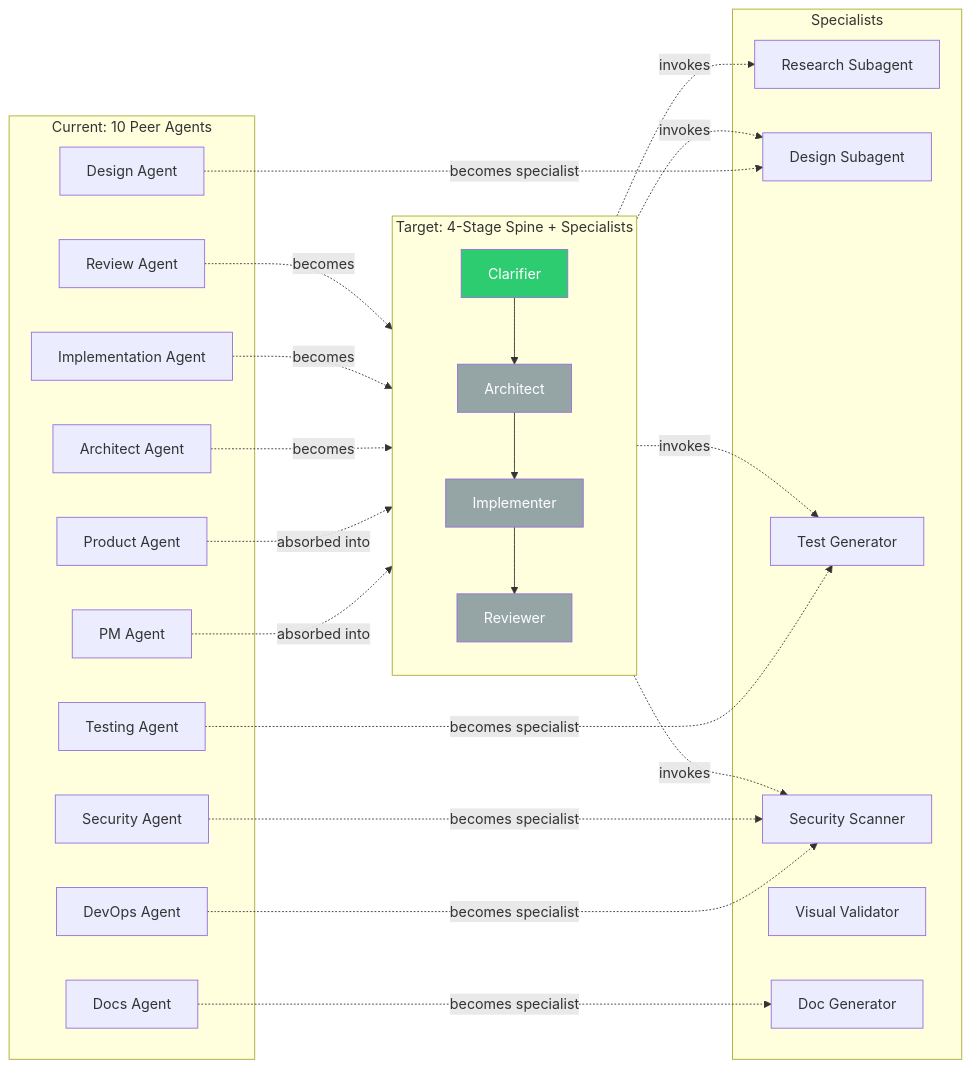
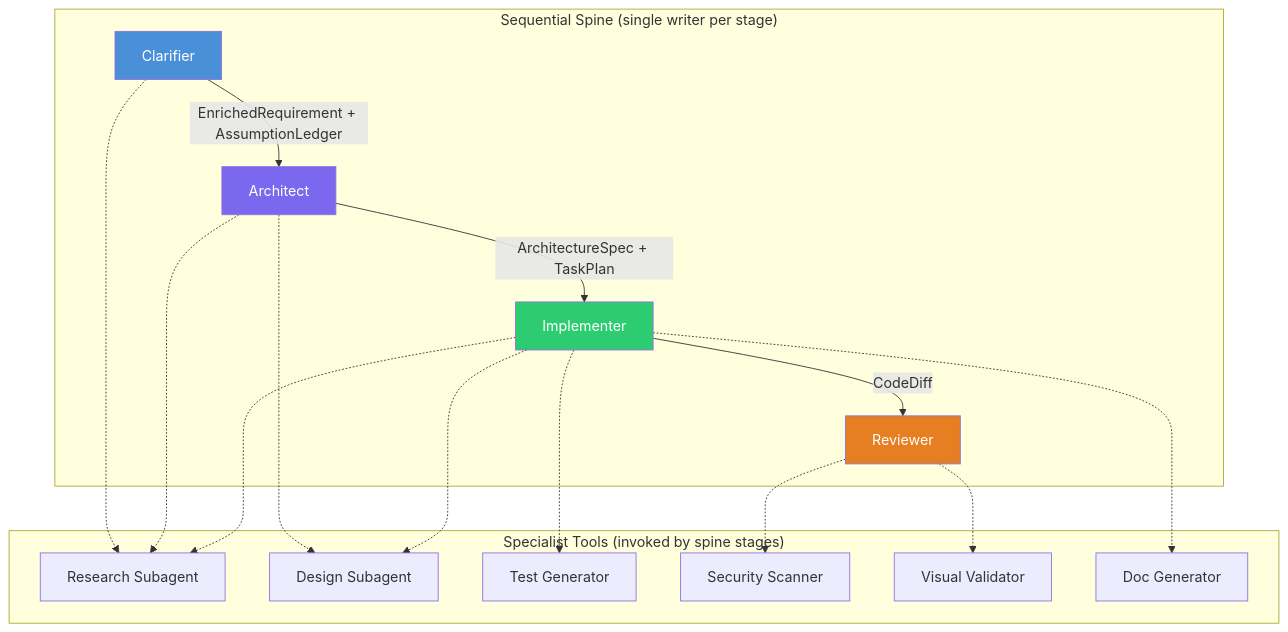
One commit to praveen-gottala/sdlc-agent-swarms changed the second of 7 diagrams in docs/vision.md. Above: the diagram before and after it, drawn with Mermaid. The commit also changed other lines of this file and 200 other files, not shown here.

First line of the commit message:
Backstage docs overhaul (21 child plans), Clarifier improvements, eval package, plan completions

````diff
--- a/docs/vision.md
+++ b/docs/vision.md
@@ -258,52 +252,32 @@
 ```mermaid
-graph LR
-    subgraph "Current: 10 Peer Agents"
-        PM[PM Agent]
-        Prod[Product Agent]
-        Arch[Architect Agent]
-        Des[Design Agent]
-        Impl[Implementation Agent]
-        Test[Testing Agent]
-        Rev[Review Agent]
-        DevOps[DevOps Agent]
-        Sec[Security Agent]
-        Docs[Docs Agent]
+graph TD
+    subgraph Spine ["Sequential Spine (single writer per stage)"]
+        C[Clarifier] -->|EnrichedRequirement + AssumptionLedger| A[Architect]
+        A -->|ArchitectureSpec + TaskPlan| I[Implementer]
+        I -->|CodeDiff| R[Reviewer]
     end
 
-    subgraph "Target: 4-Stage Spine + Specialists"
-        direction TB
-        C[Clarifier] --> A[Architect]
-        A --> I[Implementer]
-        I --> R[Reviewer]
-    end
-
-    subgraph Specialists
+    subgraph Specialists ["Specialist Tools (invoked by spine stages)"]
         RS[Research Subagent]
         DS[Design Subagent]
         TG[Test Generator]
         SS[Security Scanner]
         VV[Visual Validator]
         DG[Doc Generator]
     end
 
-    PM -.->|absorbed into| C
-    Prod -.->|absorbed into| C
-    Arch -.->|becomes| A
-    Des -.->|becomes specialist| DS
-    Impl -.->|becomes| I
-    Test -.->|becomes specialist| TG
-    Rev -.->|becomes| R
-    DevOps -.->|becomes specialist| SS
-    Sec -.->|becomes specialist| SS
-    Docs -.->|becomes specialist| DG
+    C -.-> RS
+    A -.-> RS
+    A -.-> DS
+    I -.-> RS
+    I -.-> DS
+    I -.-> TG
+    I -.-> DG
+    R -.-> SS
+    R -.-> VV
 
-    I -.->|invokes| RS
-    I -.->|invokes| DS
-    I -.->|invokes| TG
-    R -.->|invokes| SS
-
-    style C fill:#2ECC71,color:#fff
-    style A fill:#95A5A6,color:#fff
-    style I fill:#95A5A6,color:#fff
-    style R fill:#95A5A6,color:#fff
+    style C fill:#4A90D9,color:#fff
+    style A fill:#7B68EE,color:#fff
+    style I fill:#2ECC71,color:#fff
+    style R fill:#E67E22,color:#fff
 ```
````
